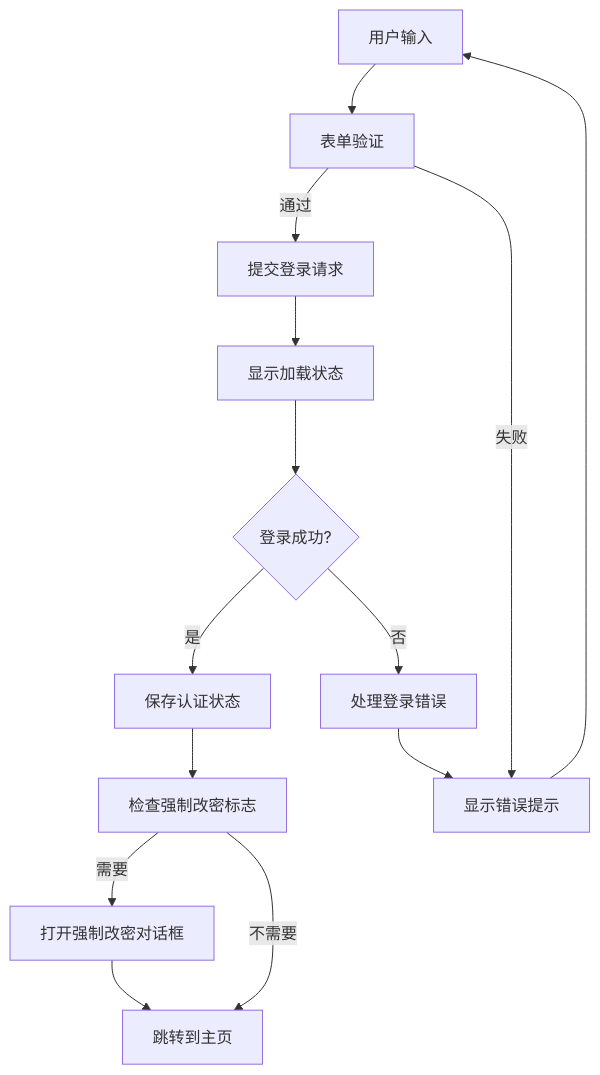
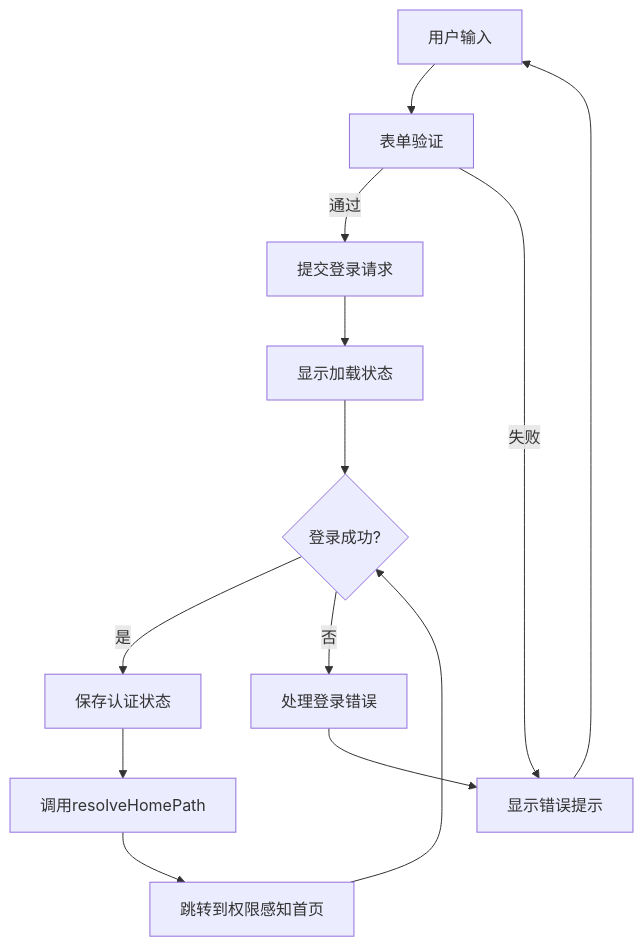
One commit to Damao997/newproject changed the seventh of 12 diagrams in .qoder/repowiki/zh/content/核心模块/用户认证系统.md. Above: the diagram before and after it, drawn with Mermaid. The commit also changed other lines of this file and 57 other files, not shown here.

````diff
--- a/.qoder/repowiki/zh/content/核心模块/用户认证系统.md
+++ b/.qoder/repowiki/zh/content/核心模块/用户认证系统.md
@@ -403,16 +453,15 @@
 ```mermaid
 flowchart TD
 UserInput["用户输入"] --> Validation["表单验证"]
 Validation --> |通过| Submit["提交登录请求"]
 Validation --> |失败| ShowError["显示错误提示"]
 Submit --> Loading["显示加载状态"]
 Loading --> Success{"登录成功?"}
 Success --> |是| SaveState["保存认证状态"]
 Success --> |否| HandleError["处理登录错误"]
-SaveState --> CheckForce["检查强制改密标志"]
-CheckForce --> |需要| ForceDialog["打开强制改密对话框"]
-CheckForce --> |不需要| Redirect["跳转到主页"]
+SaveState --> ResolveHome["调用resolveHomePath"]
+ResolveHome --> Navigate["跳转到权限感知首页"]
 HandleError --> ShowError
 ShowError --> UserInput
-ForceDialog --> Redirect
+Navigate --> Success
 ```
````
